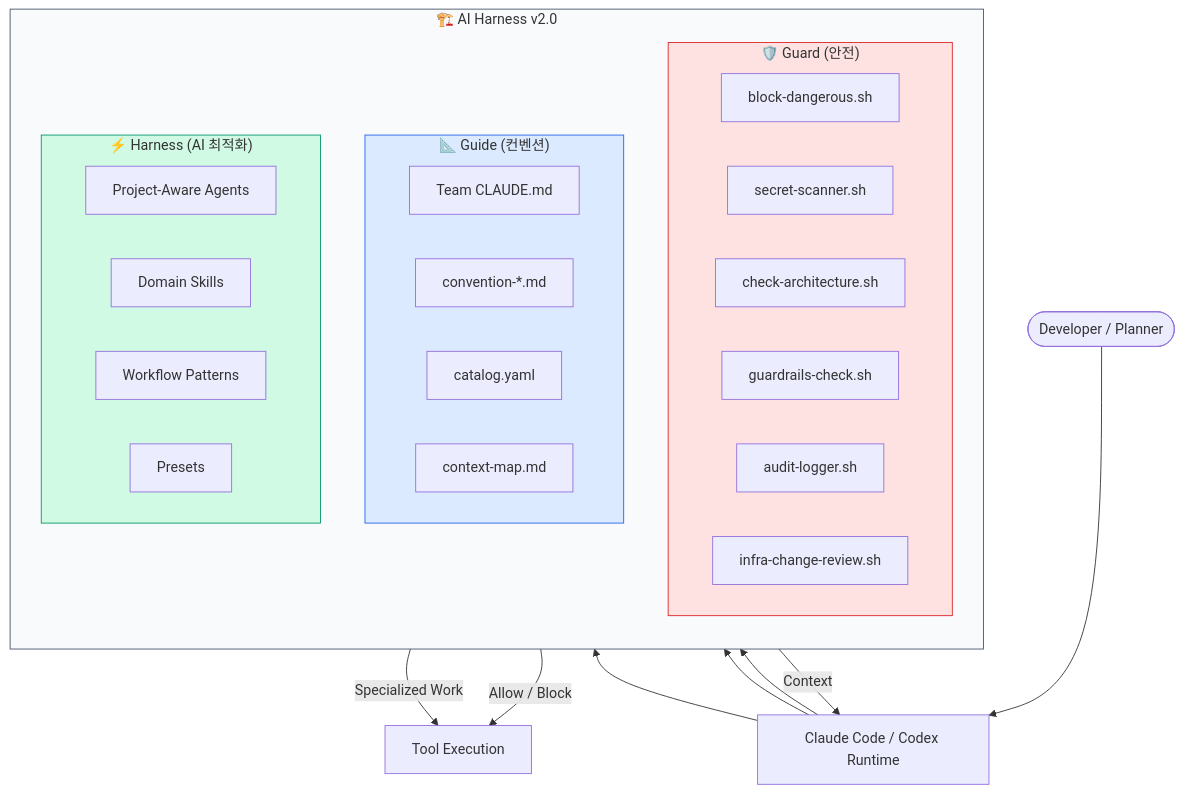
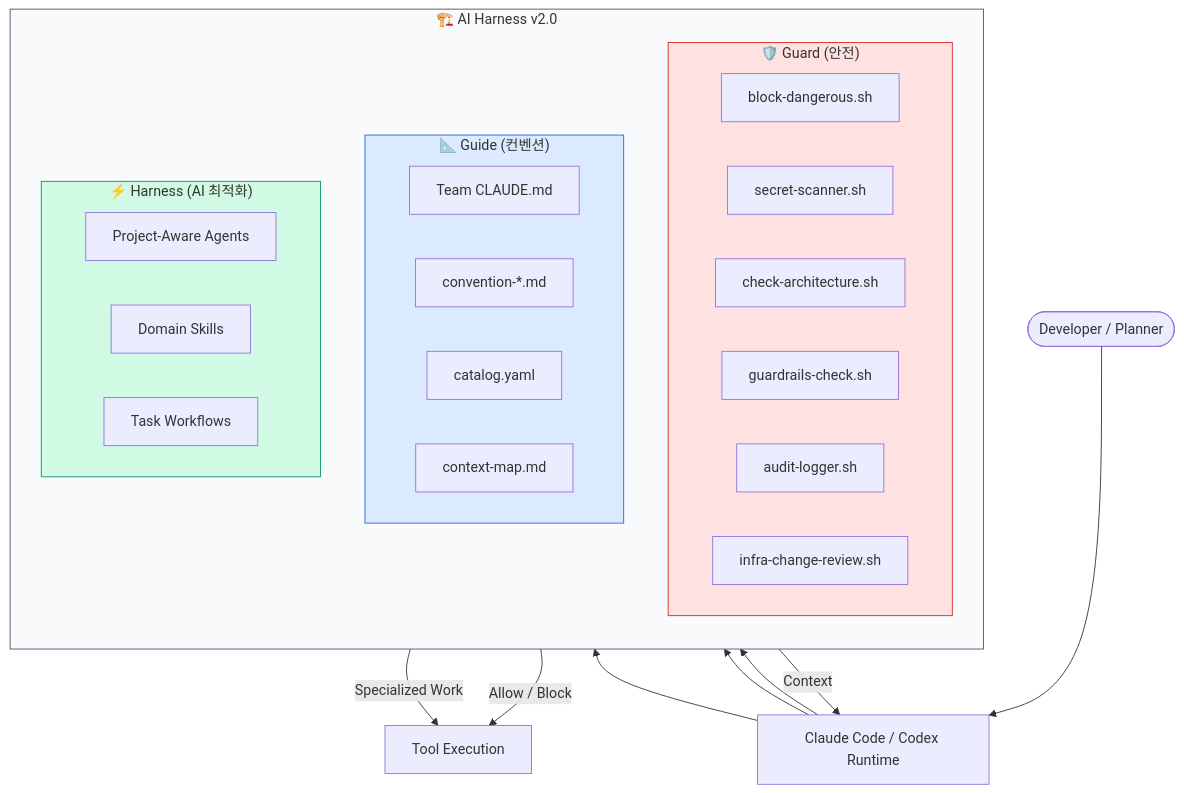
Before and after one commit to cano721/ai-harness: the first of 8 diagrams in docs/architecture-diagram.md, drawn with Mermaid. The commit also changed 1 other file, not shown here.

Commit message:
docs: Three-Pillar 다이어그램에서 Presets → Task Workflows로 변경

````diff
--- a/docs/architecture-diagram.md
+++ b/docs/architecture-diagram.md
@@ -7,43 +7,42 @@
 ```mermaid
 graph TB
     subgraph Harness["🏗️ AI Harness v2.0"]
         direction TB
 
         subgraph Guard["🛡️ Guard (안전)"]
             G1[block-dangerous.sh]
             G2[secret-scanner.sh]
             G3[check-architecture.sh]
             G4[guardrails-check.sh]
             G5[audit-logger.sh]
             G6[infra-change-review.sh]
         end
 
         subgraph Guide["📐 Guide (컨벤션)"]
             GU1[Team CLAUDE.md]
             GU2[convention-*.md]
             GU3[catalog.yaml]
             GU4[context-map.md]
         end
 
         subgraph Optimize["⚡ Harness (AI 최적화)"]
             O1[Project-Aware Agents]
             O2[Domain Skills]
-            O3[Workflow Patterns]
-            O4[Presets]
+            O3[Task Workflows]
         end
     end
 
     User([Developer / Planner]) --> Runtime
     Runtime[Claude Code / Codex Runtime] --> Guard
     Runtime --> Guide
     Runtime --> Optimize
 
     Guard -->|Allow / Block| Result[Tool Execution]
     Guide -->|Context| Runtime
     Optimize -->|Specialized Work| Result
 
     style Guard fill:#fee2e2,stroke:#dc2626
     style Guide fill:#dbeafe,stroke:#2563eb
     style Optimize fill:#d1fae5,stroke:#059669
     style Harness fill:#f8fafc,stroke:#475569
 ```
````
